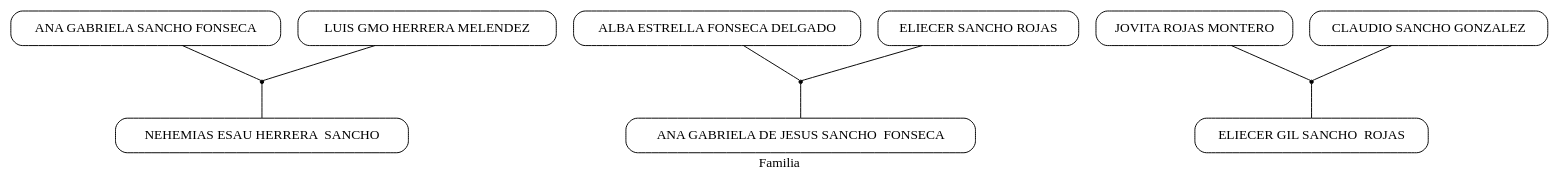
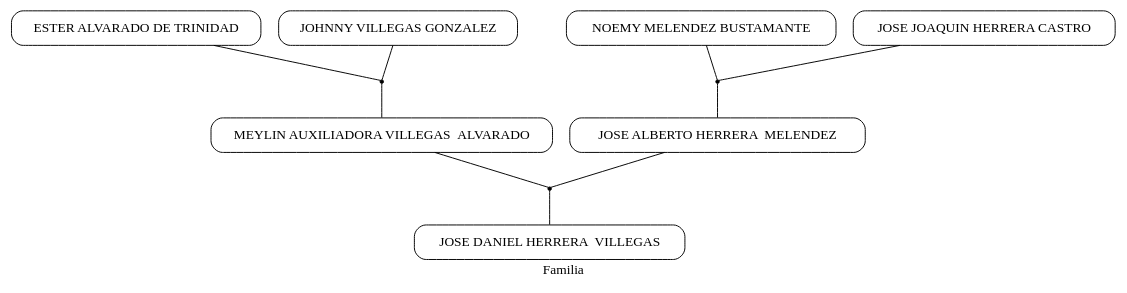
One commit to Gio666/python-git changed the diagram in 003/simple.dot. Above: the diagram before and after it, drawn with Graphviz. The commit also changed 7 other files, not shown here.

```diff
--- a/003/simple.dot
+++ b/003/simple.dot
@@ -1,23 +1,23 @@
 strict digraph  {
 	graph [diredgeconstraints=true,
 		label=Familia,
 		mode=ipsep,
 		overlap=orthoxy,
 		sep=0.5
 	];
 	node [shape=box,
 		style=rounded
 	];
-	"NEHEMIAS ESAU HERRERA  SANCHO ANA GABRIELA SANCHO FONSECA LUIS GMO HERRERA MELENDEZ "	 [shape=point];
-	"ANA GABRIELA SANCHO FONSECA " -> "NEHEMIAS ESAU HERRERA  SANCHO ANA GABRIELA SANCHO FONSECA LUIS GMO HERRERA MELENDEZ "	 [arrowhead=none];
-	"LUIS GMO HERRERA MELENDEZ " -> "NEHEMIAS ESAU HERRERA  SANCHO ANA GABRIELA SANCHO FONSECA LUIS GMO HERRERA MELENDEZ "	 [arrowhead=none];
-	"NEHEMIAS ESAU HERRERA  SANCHO ANA GABRIELA SANCHO FONSECA LUIS GMO HERRERA MELENDEZ " -> "NEHEMIAS ESAU HERRERA  SANCHO "	 [arrowhead=none];
-	"ANA GABRIELA DE JESUS SANCHO  FONSECA ALBA ESTRELLA FONSECA DELGADO ELIECER SANCHO ROJAS "	 [shape=point];
-	"ALBA ESTRELLA FONSECA DELGADO " -> "ANA GABRIELA DE JESUS SANCHO  FONSECA ALBA ESTRELLA FONSECA DELGADO ELIECER SANCHO ROJAS "	 [arrowhead=none];
-	"ELIECER SANCHO ROJAS " -> "ANA GABRIELA DE JESUS SANCHO  FONSECA ALBA ESTRELLA FONSECA DELGADO ELIECER SANCHO ROJAS "	 [arrowhead=none];
-	"ANA GABRIELA DE JESUS SANCHO  FONSECA ALBA ESTRELLA FONSECA DELGADO ELIECER SANCHO ROJAS " -> "ANA GABRIELA DE JESUS SANCHO  FONSECA "	 [arrowhead=none];
-	"ELIECER GIL SANCHO  ROJAS JOVITA ROJAS MONTERO CLAUDIO SANCHO GONZALEZ "	 [shape=point];
-	"JOVITA ROJAS MONTERO " -> "ELIECER GIL SANCHO  ROJAS JOVITA ROJAS MONTERO CLAUDIO SANCHO GONZALEZ "	 [arrowhead=none];
-	"CLAUDIO SANCHO GONZALEZ " -> "ELIECER GIL SANCHO  ROJAS JOVITA ROJAS MONTERO CLAUDIO SANCHO GONZALEZ "	 [arrowhead=none];
-	"ELIECER GIL SANCHO  ROJAS JOVITA ROJAS MONTERO CLAUDIO SANCHO GONZALEZ " -> "ELIECER GIL SANCHO  ROJAS "	 [arrowhead=none];
+	"JOSE DANIEL HERRERA  VILLEGAS MEYLIN AUXILIADORA VILLEGAS  ALVARADO JOSE ALBERTO HERRERA  MELENDEZ "	 [shape=point];
+	"MEYLIN AUXILIADORA VILLEGAS  ALVARADO " -> "JOSE DANIEL HERRERA  VILLEGAS MEYLIN AUXILIADORA VILLEGAS  ALVARADO JOSE ALBERTO HERRERA  MELENDEZ "	 [arrowhead=none];
+	"JOSE ALBERTO HERRERA  MELENDEZ " -> "JOSE DANIEL HERRERA  VILLEGAS MEYLIN AUXILIADORA VILLEGAS  ALVARADO JOSE ALBERTO HERRERA  MELENDEZ "	 [arrowhead=none];
+	"JOSE DANIEL HERRERA  VILLEGAS MEYLIN AUXILIADORA VILLEGAS  ALVARADO JOSE ALBERTO HERRERA  MELENDEZ " -> "JOSE DANIEL HERRERA  VILLEGAS "	 [arrowhead=none];
+	"MEYLIN AUXILIADORA VILLEGAS  ALVARADO ESTER ALVARADO DE TRINIDAD JOHNNY VILLEGAS GONZALEZ "	 [shape=point];
+	"ESTER ALVARADO DE TRINIDAD " -> "MEYLIN AUXILIADORA VILLEGAS  ALVARADO ESTER ALVARADO DE TRINIDAD JOHNNY VILLEGAS GONZALEZ "	 [arrowhead=none];
+	"JOHNNY VILLEGAS GONZALEZ " -> "MEYLIN AUXILIADORA VILLEGAS  ALVARADO ESTER ALVARADO DE TRINIDAD JOHNNY VILLEGAS GONZALEZ "	 [arrowhead=none];
+	"MEYLIN AUXILIADORA VILLEGAS  ALVARADO ESTER ALVARADO DE TRINIDAD JOHNNY VILLEGAS GONZALEZ " -> "MEYLIN AUXILIADORA VILLEGAS  ALVARADO "	 [arrowhead=none];
+	"JOSE ALBERTO HERRERA  MELENDEZ NOEMY MELENDEZ BUSTAMANTE JOSE JOAQUIN HERRERA CASTRO "	 [shape=point];
+	"NOEMY MELENDEZ BUSTAMANTE " -> "JOSE ALBERTO HERRERA  MELENDEZ NOEMY MELENDEZ BUSTAMANTE JOSE JOAQUIN HERRERA CASTRO "	 [arrowhead=none];
+	"JOSE JOAQUIN HERRERA CASTRO " -> "JOSE ALBERTO HERRERA  MELENDEZ NOEMY MELENDEZ BUSTAMANTE JOSE JOAQUIN HERRERA CASTRO "	 [arrowhead=none];
+	"JOSE ALBERTO HERRERA  MELENDEZ NOEMY MELENDEZ BUSTAMANTE JOSE JOAQUIN HERRERA CASTRO " -> "JOSE ALBERTO HERRERA  MELENDEZ "	 [arrowhead=none];
 }
```
